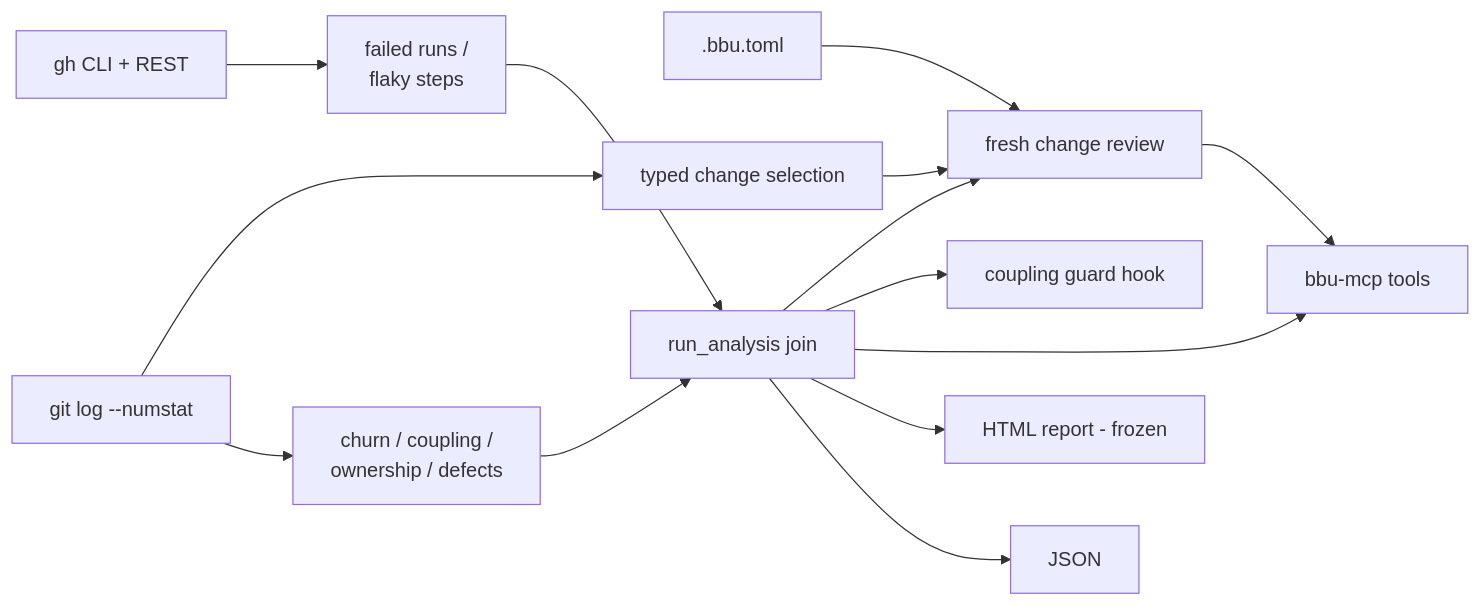
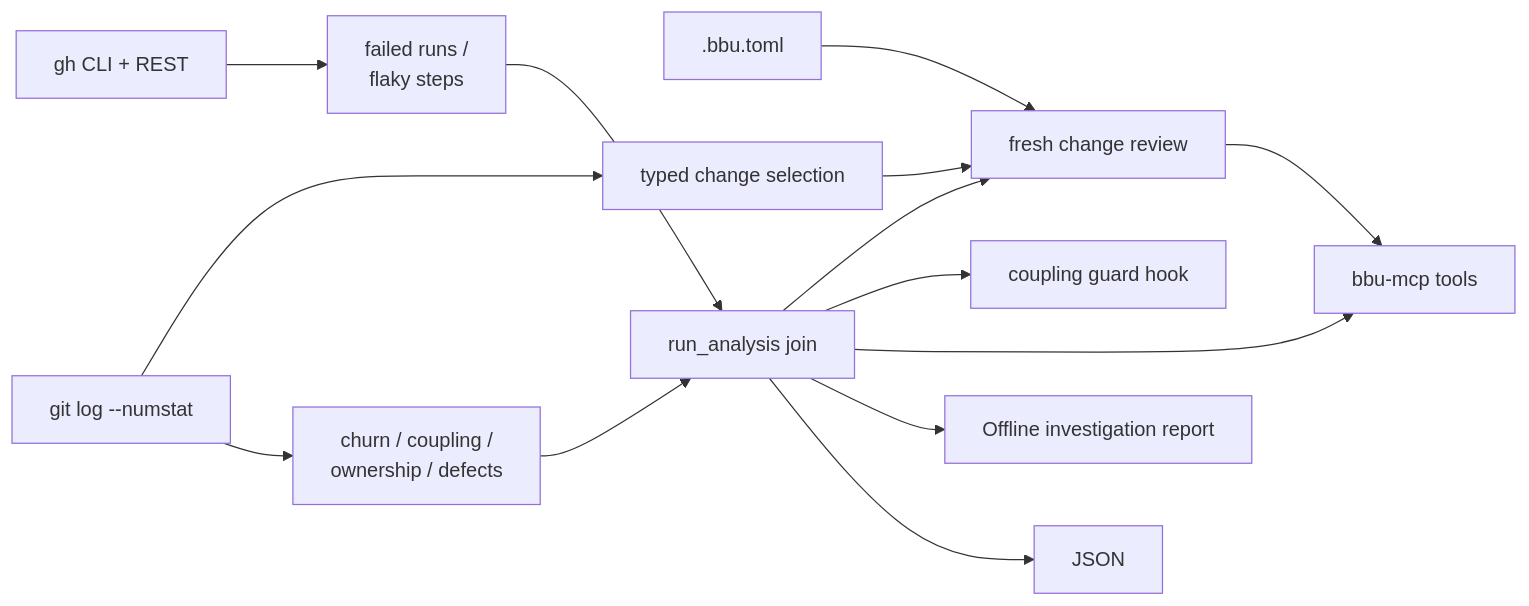
The diagram in docs/ARCHITECTURE.md (michael-denyer/black-box-unlock), drawn with Mermaid before and after one commit. The commit also changed other lines of this file and 24 other files, not shown here.

Commit message:
feat: rebuild HTML report as offline investigation workspace

````diff
--- a/docs/ARCHITECTURE.md
+++ b/docs/ARCHITECTURE.md
@@ -53,16 +53,16 @@
 ```mermaid
 flowchart LR
     Git[git log --numstat] --> Parse[churn / coupling /<br/>ownership / defects]
     GH[gh CLI + REST] --> CI[failed runs /<br/>flaky steps]
     Config[.bbu.toml] --> Review
     Parse --> Join[run_analysis join]
     CI --> Join
     Join --> JSON[JSON]
-    Join --> HTML[HTML report - frozen]
+    Join --> HTML[Offline investigation report]
     Join --> MCP[bbu-mcp tools]
     Join --> Guard[coupling guard hook]
     Git --> Change[typed change selection]
     Change --> Review[fresh change review]
     Join --> Review
     Review --> MCP
 ```
````
